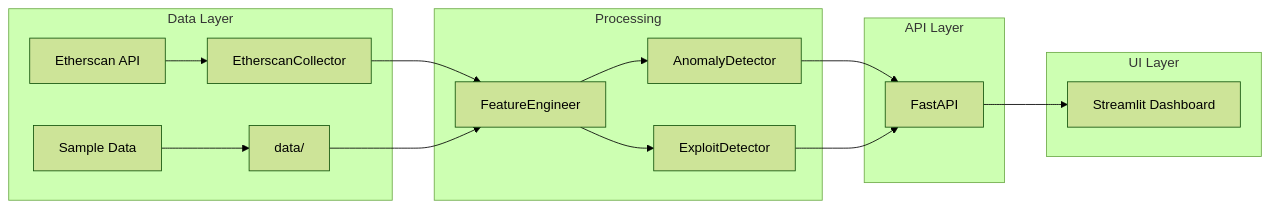
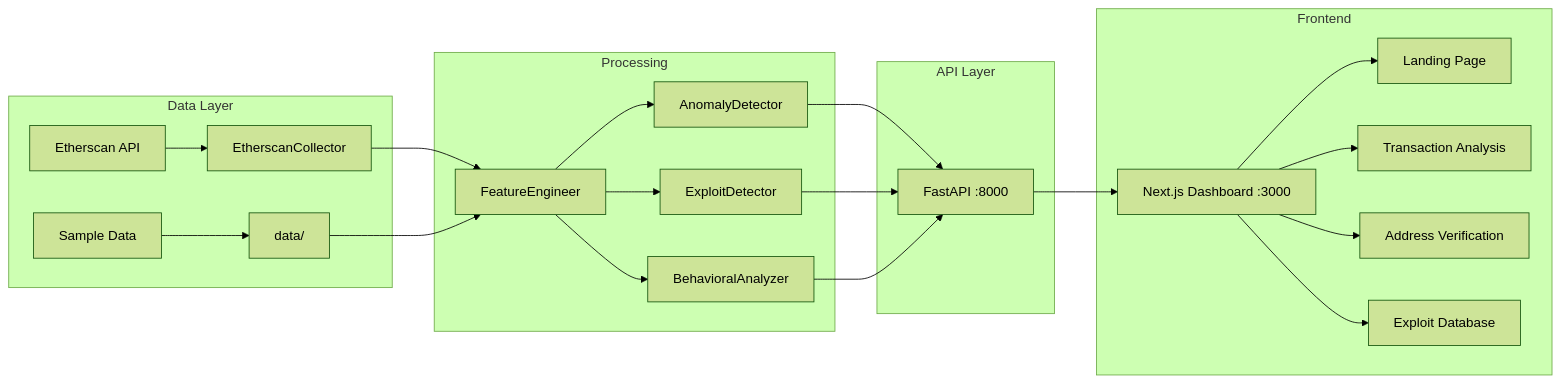
One commit to flexycode/CCSFEN2L_ALTFLEX changed the first of 2 diagrams in README.md. Above: the diagram before and after it, drawn with Mermaid (forest theme). The commit also changed other lines of this file and 30 other files, not shown here.

````diff
--- a/README.md
+++ b/README.md
@@ -48,23 +48,29 @@
 ```mermaid
 flowchart LR
     subgraph Data Layer
         A[Etherscan API] --> B[EtherscanCollector]
         C[Sample Data] --> D[data/]
     end
     
     subgraph Processing
         B --> E[FeatureEngineer]
         D --> E
         E --> F[AnomalyDetector]
         E --> G[ExploitDetector]
+        E --> H[BehavioralAnalyzer]
     end
     
     subgraph API Layer
-        F --> H[FastAPI]
-        G --> H
+        F --> I[FastAPI :8000]
+        G --> I
+        H --> I
     end
     
-    subgraph UI Layer
-        H --> I[Streamlit Dashboard]
+    subgraph Frontend
+        I --> J[Next.js Dashboard :3000]
+        J --> K[Landing Page]
+        J --> L[Transaction Analysis]
+        J --> M[Address Verification]
+        J --> N[Exploit Database]
     end
 ```
````
